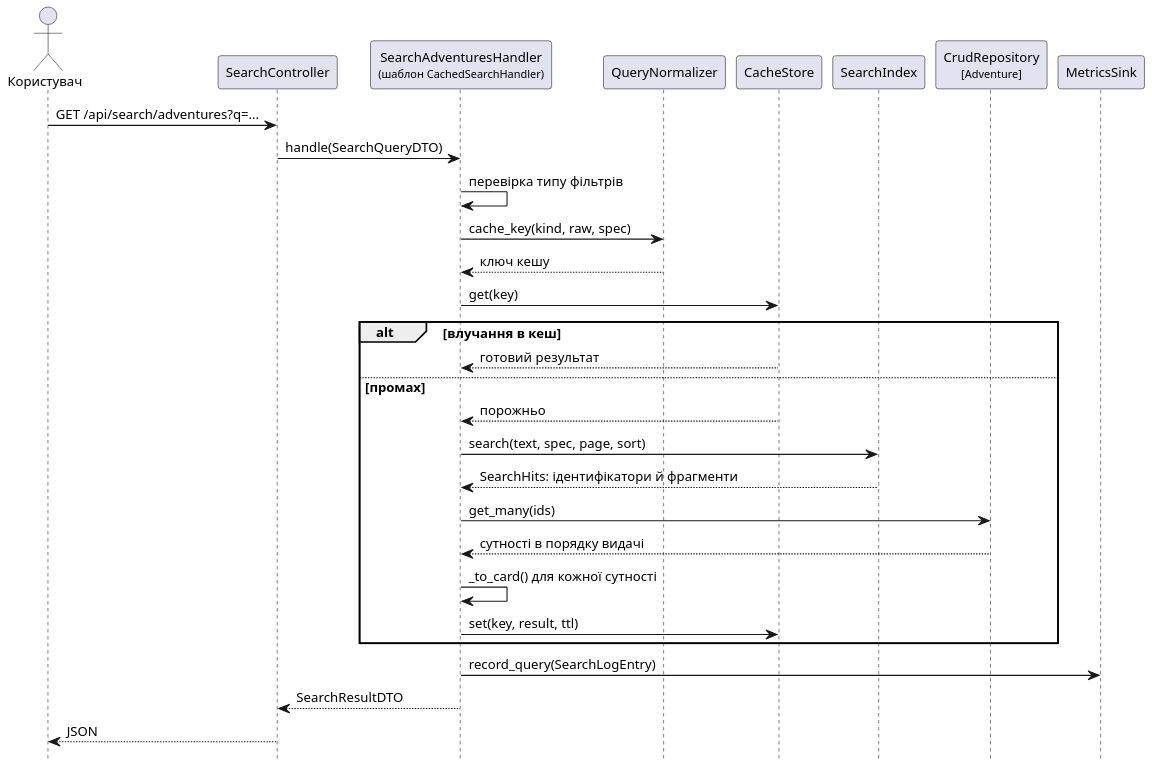
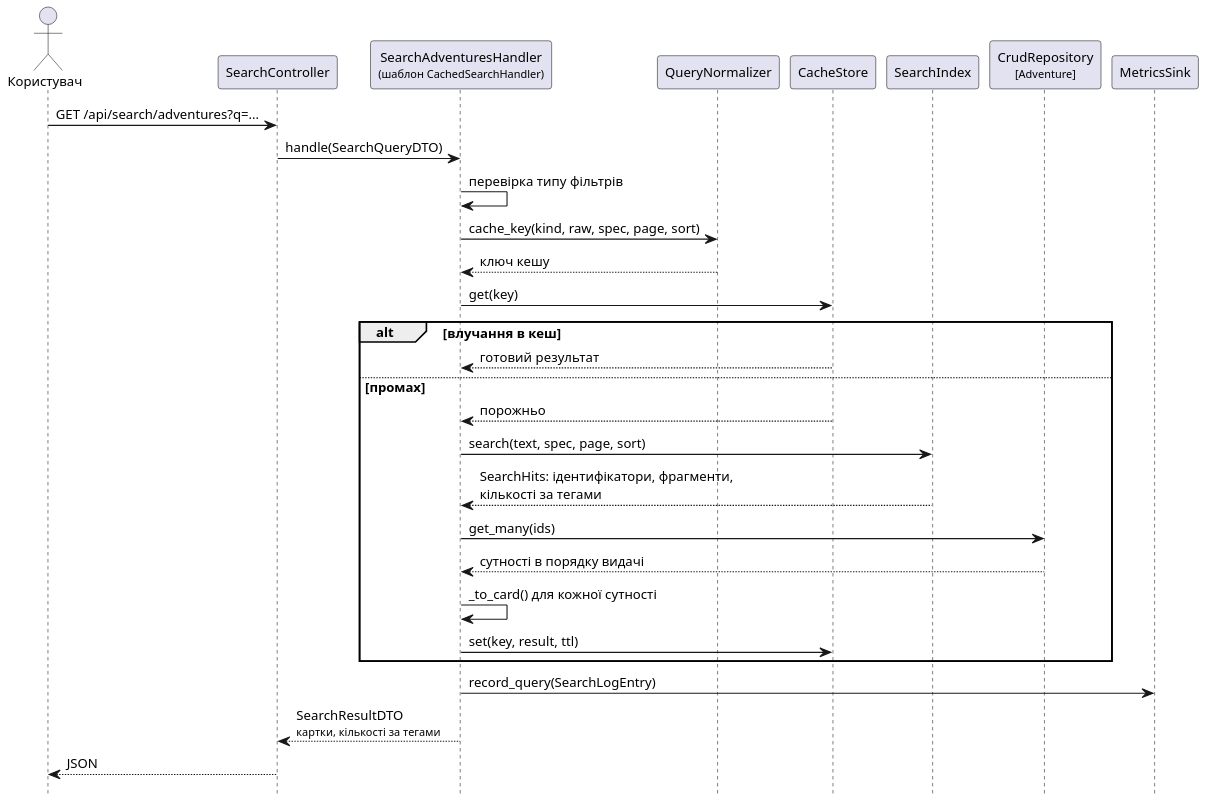
One commit to Oleksiiska/DB_coursework_D-D changed the fifth of 7 diagrams in docs/conceptual/arch.puml. Above: the diagram before and after it, drawn with PlantUML. The commit also changed other lines of this file and 107 other files, not shown here.

```diff
--- a/docs/conceptual/arch.puml
+++ b/docs/conceptual/arch.puml
@@ -283,39 +284,39 @@
 @startuml arch-06-sequence-read
 skinparam backgroundColor white
 skinparam shadowing false
 skinparam dpi 150
 skinparam defaultFontSize 12
 hide footbox
 
 actor Користувач as U
 participant "SearchController" as C
 participant "SearchAdventuresHandler\n<size:10>(шаблон CachedSearchHandler)</size>" as H
 participant "QueryNormalizer" as N
 participant "CacheStore" as K
 participant "SearchIndex" as S
 participant "CrudRepository\n<size:10>[Adventure]</size>" as D
 participant "MetricsSink" as M
 
 U -> C : GET /api/search/adventures?q=...
 C -> H : handle(SearchQueryDTO)
 H -> H : перевірка типу фільтрів
-H -> N : cache_key(kind, raw, spec)
+H -> N : cache_key(kind, raw, spec, page, sort)
 N --> H : ключ кешу
 
 H -> K : get(key)
 alt влучання в кеш
   K --> H : готовий результат
 else промах
   K --> H : порожньо
   H -> S : search(text, spec, page, sort)
-  S --> H : SearchHits: ідентифікатори й фрагменти
+  S --> H : SearchHits: ідентифікатори, фрагменти,\nкількості за тегами
   H -> D : get_many(ids)
   D --> H : сутності в порядку видачі
   H -> H : _to_card() для кожної сутності
   H -> K : set(key, result, ttl)
 end
 H -> M : record_query(SearchLogEntry)
-H --> C : SearchResultDTO
+H --> C : SearchResultDTO\n<size:10>картки, кількості за тегами</size>
 C --> U : JSON
 
 @enduml
```
